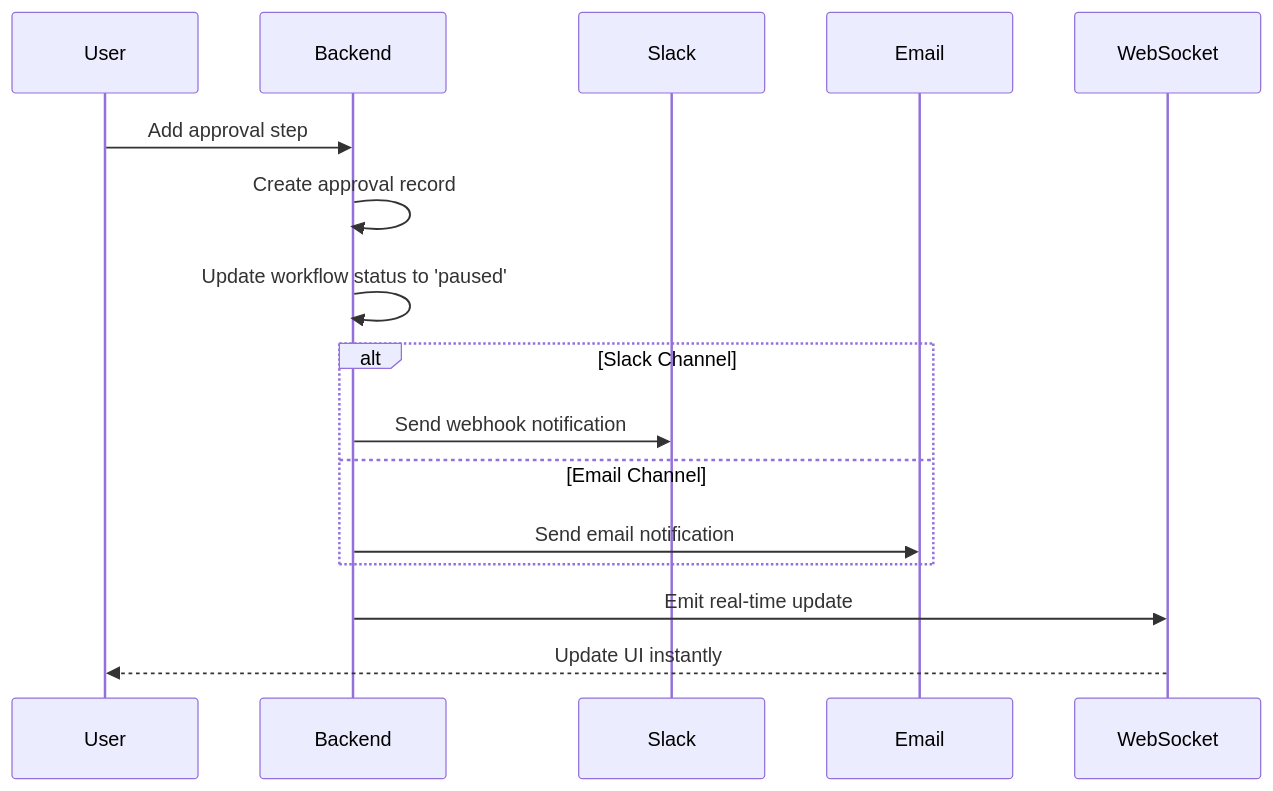
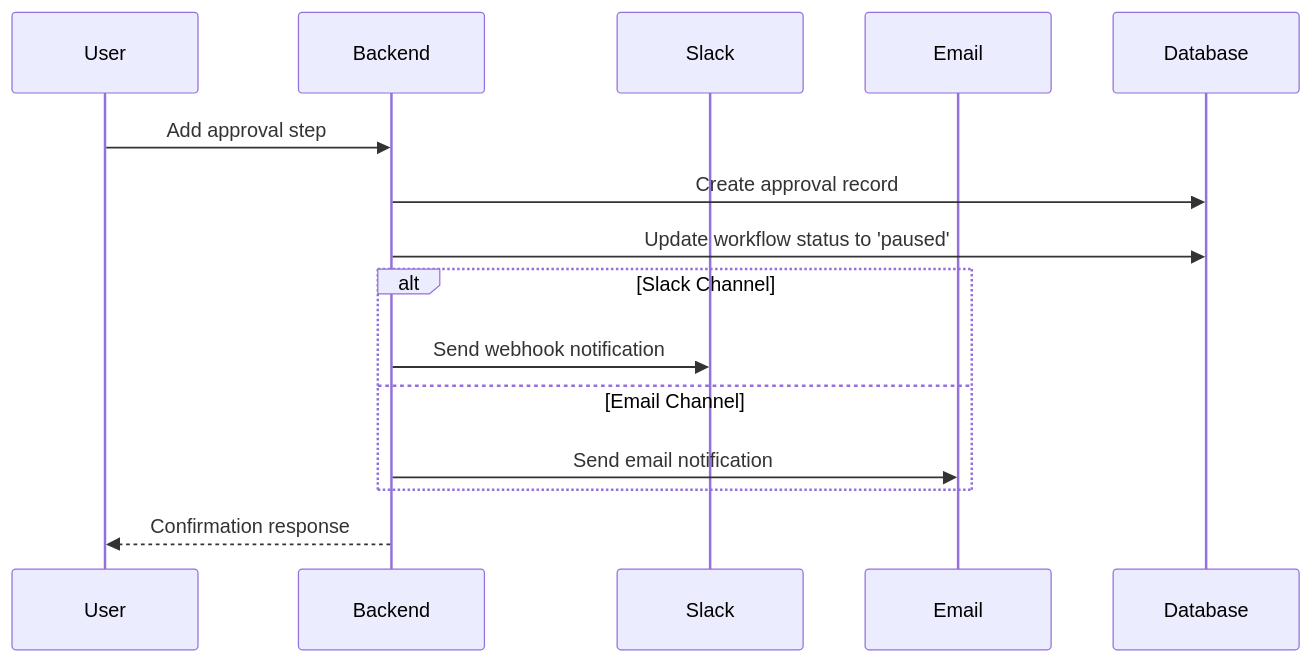
Before and after one commit to Kushagra1122/approval-orchestrator: the fourth of 5 diagrams in README.md, drawn with Mermaid. The commit also changed other lines of this file, not shown here.

````diff
--- a/README.md
+++ b/README.md
@@ -222,21 +340,20 @@
 ```mermaid
 sequenceDiagram
     participant U as User
     participant B as Backend
     participant S as Slack
     participant E as Email
-    participant W as WebSocket
+    participant D as Database
     
     U->>B: Add approval step
-    B->>B: Create approval record
-    B->>B: Update workflow status to 'paused'
+    B->>D: Create approval record
+    B->>D: Update workflow status to 'paused'
     
     alt Slack Channel
         B->>S: Send webhook notification
     else Email Channel
         B->>E: Send email notification
     end
     
-    B->>W: Emit real-time update
-    W-->>U: Update UI instantly
+    B-->>U: Confirmation response
 ```
````
